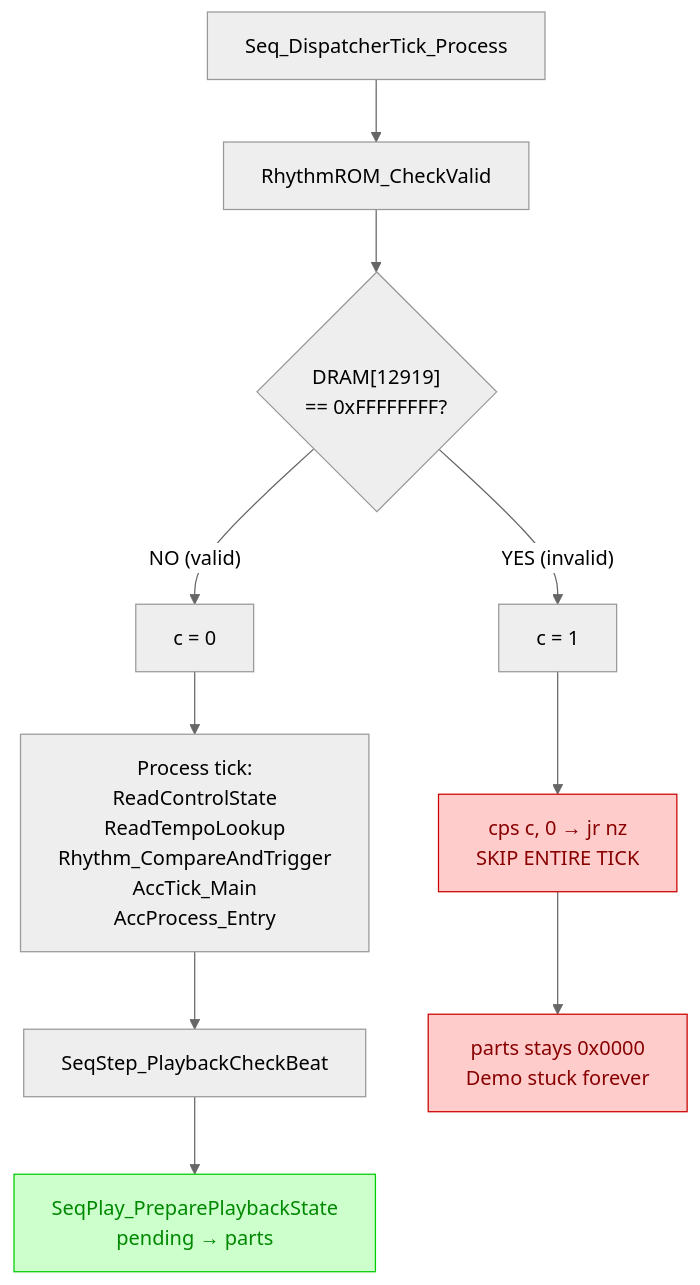
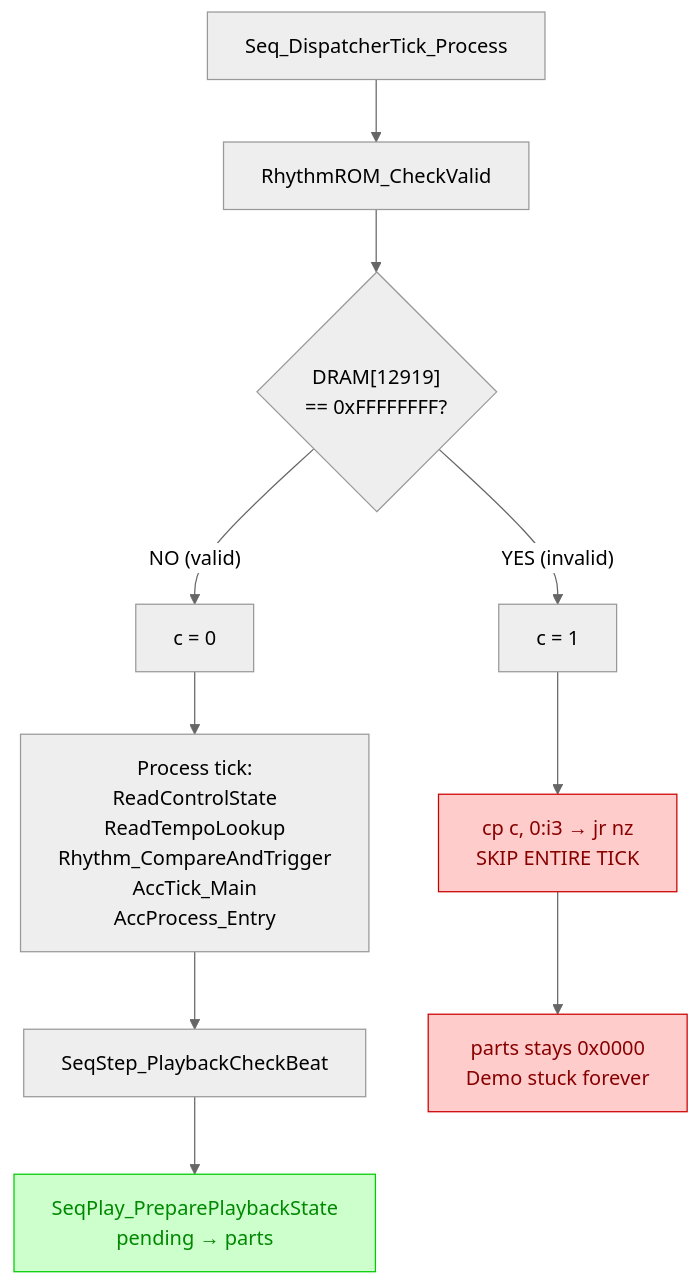
Diagram 13 of 13 in ssf-presentation.md (ArqueologiaDigital/technics-docs), drawn with Mermaid (neutral theme) before and after one commit. The commit also changed other lines of this file, not shown here.

````diff
--- a/ssf-presentation.md
+++ b/ssf-presentation.md
@@ -1312,17 +1310,17 @@
 ```mermaid
 flowchart TD
     TICK["Seq_DispatcherTick_Process"] --> RCHECK["RhythmROM_CheckValid"]
     RCHECK --> CMP{"DRAM[12919]<br/>== 0xFFFFFFFF?"}
     CMP -- "YES (invalid)" --> C1["c = 1"]
     CMP -- "NO (valid)" --> C0["c = 0"]
-    C1 --> SKIP["cps c, 0 → jr nz<br/>SKIP ENTIRE TICK"]
+    C1 --> SKIP["cp c, 0:i3 → jr nz<br/>SKIP ENTIRE TICK"]
     C0 --> PROCESS["Process tick:<br/>ReadControlState<br/>ReadTempoLookup<br/>Rhythm_CompareAndTrigger<br/>AccTick_Main<br/>AccProcess_Entry"]
     PROCESS --> BEAT["SeqStep_PlaybackCheckBeat"]
     BEAT --> COPY["SeqPlay_PreparePlaybackState<br/>pending → parts"]
 
     SKIP --> STUCK["parts stays 0x0000<br/>Demo stuck forever"]
 
     style SKIP fill:#fcc,stroke:#c00,color:#800
     style STUCK fill:#fcc,stroke:#c00,color:#800
     style COPY fill:#cfc,stroke:#0c0,color:#080
 ```
````
